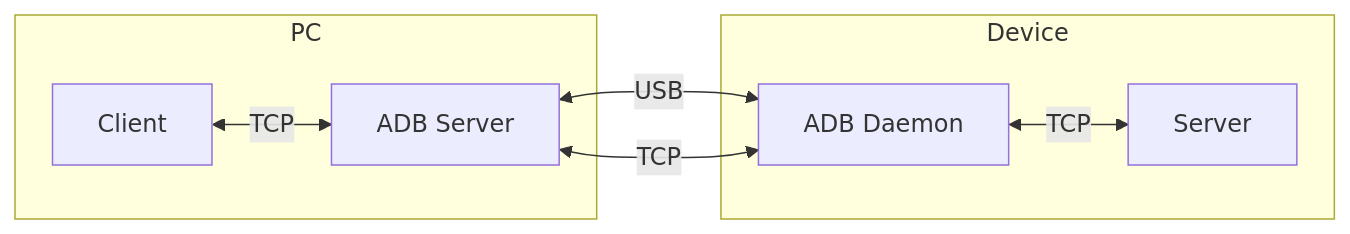
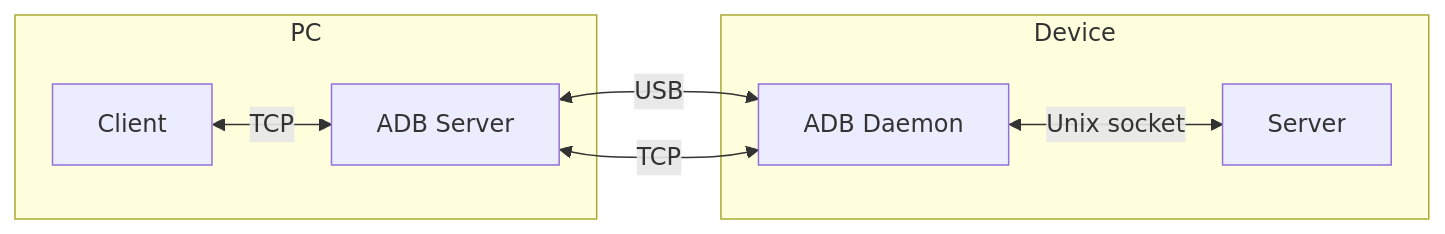
Before and after one commit to tango-adb/docs: the diagram in docs/scrcpy/index.mdx, drawn with Mermaid. The commit also changed other lines of this file and 7 other files, not shown here.

````diff
--- a/docs/scrcpy/index.mdx
+++ b/docs/scrcpy/index.mdx
@@ -12,11 +12,11 @@
 ```mermaid
 flowchart LR
     subgraph PC
     Client <-->|TCP| AS["ADB Server"]
     end
     subgraph Device
     AS <-->|USB| AD["ADB Daemon"]
     AS <-->|TCP| AD
-    AD <-->|TCP| Server
+    AD <-->|Unix socket| Server
     end
 ```
````
